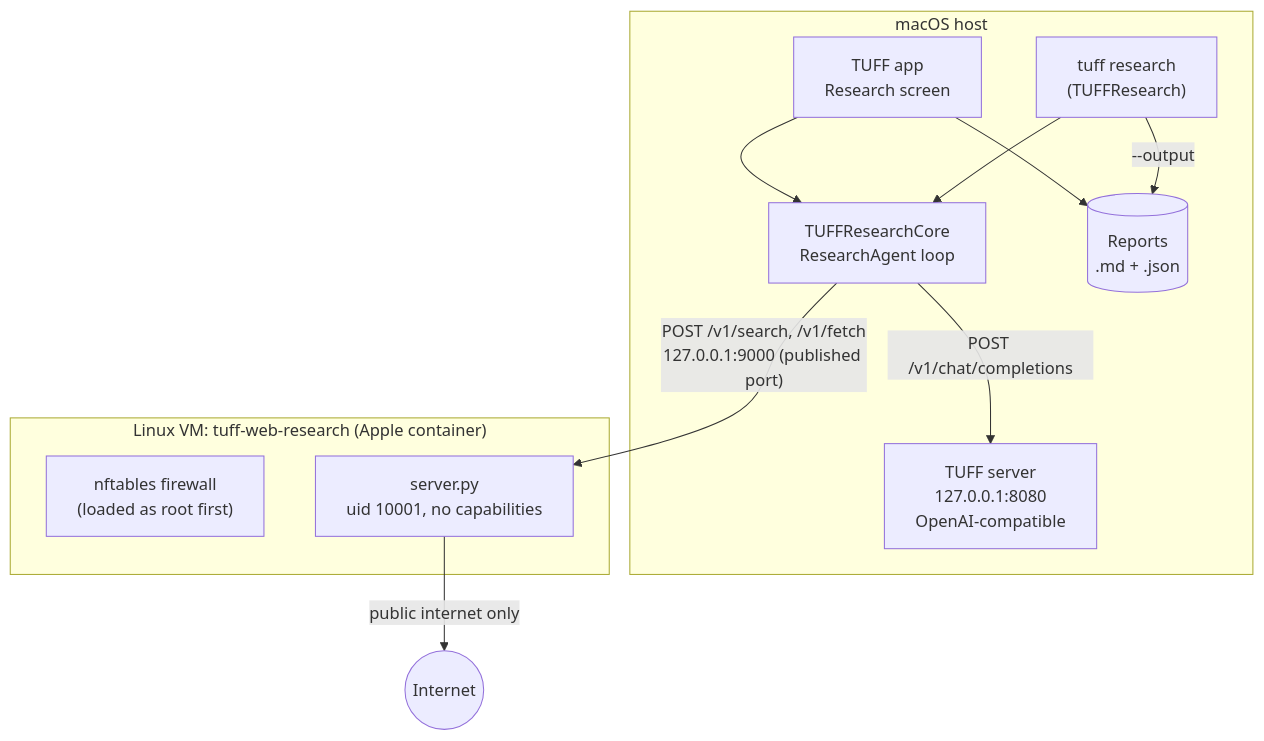
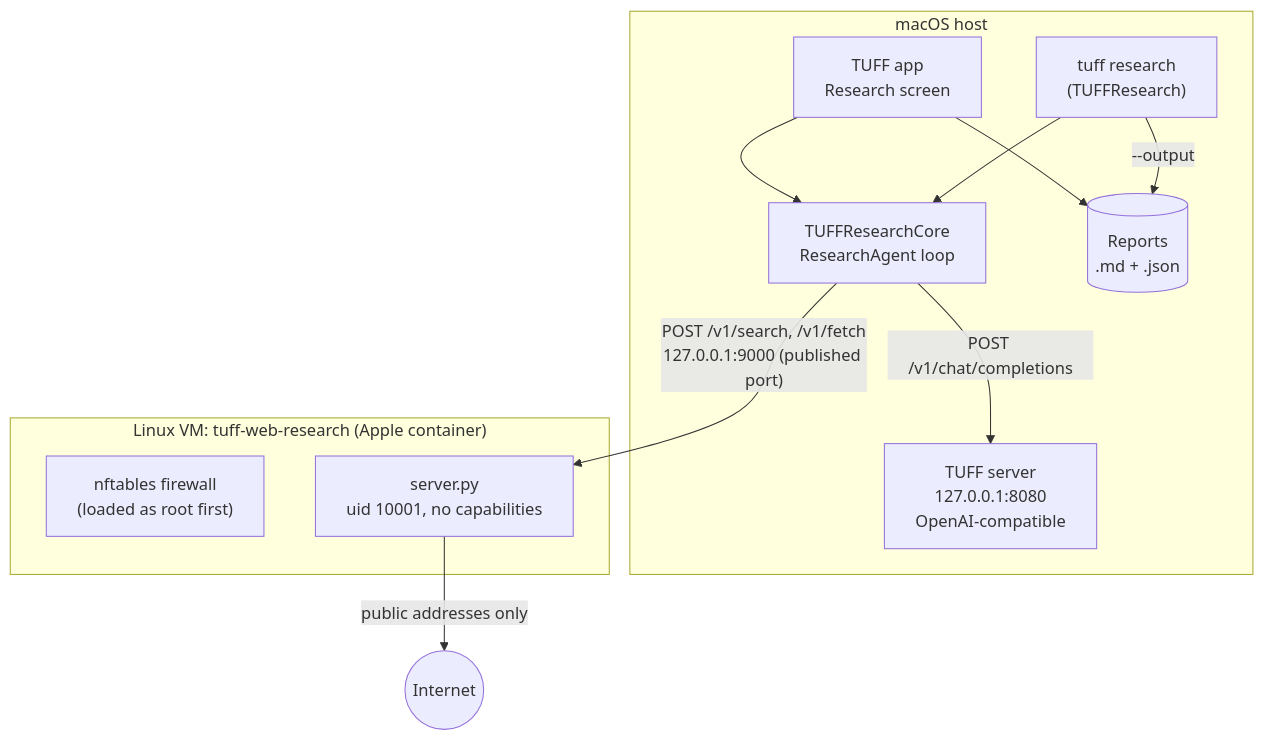
One commit to Osiriss664/TUFF changed the diagram in .github/web-research/technical.md. Above: the diagram before and after it, drawn with Mermaid. The commit also changed other lines of this file and 3 other files, not shown here.

````diff
--- a/.github/web-research/technical.md
+++ b/.github/web-research/technical.md
@@ -33,21 +33,21 @@
 ```mermaid
 flowchart TB
     subgraph Host["macOS host"]
         App["TUFF app<br/>Research screen"]
         CLI["tuff research<br/>(TUFFResearch)"]
         Core["TUFFResearchCore<br/>ResearchAgent loop"]
         Server["TUFF server<br/>127.0.0.1:8080<br/>OpenAI-compatible"]
         Store[("Reports<br/>.md + .json")]
     end
     subgraph VM["Linux VM: tuff-web-research (Apple container)"]
         FW["nftables firewall<br/>(loaded as root first)"]
         Py["server.py<br/>uid 10001, no capabilities"]
     end
     App --> Core
     CLI --> Core
     Core -- "POST /v1/chat/completions" --> Server
     Core -- "POST /v1/search, /v1/fetch<br/>127.0.0.1:9000 (published port)" --> Py
-    Py -- "public internet only" --> Net((Internet))
+    Py -- "public addresses only" --> Net((Internet))
     App --> Store
     CLI -- "--output" --> Store
 ```
````
